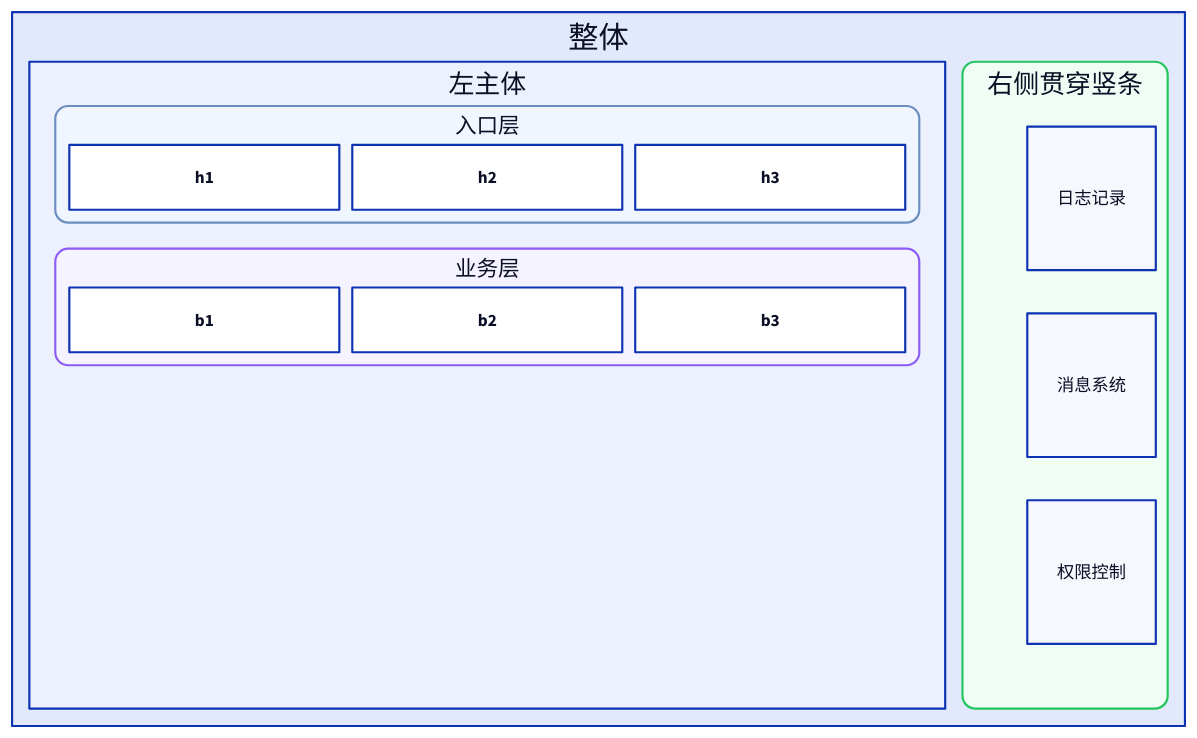
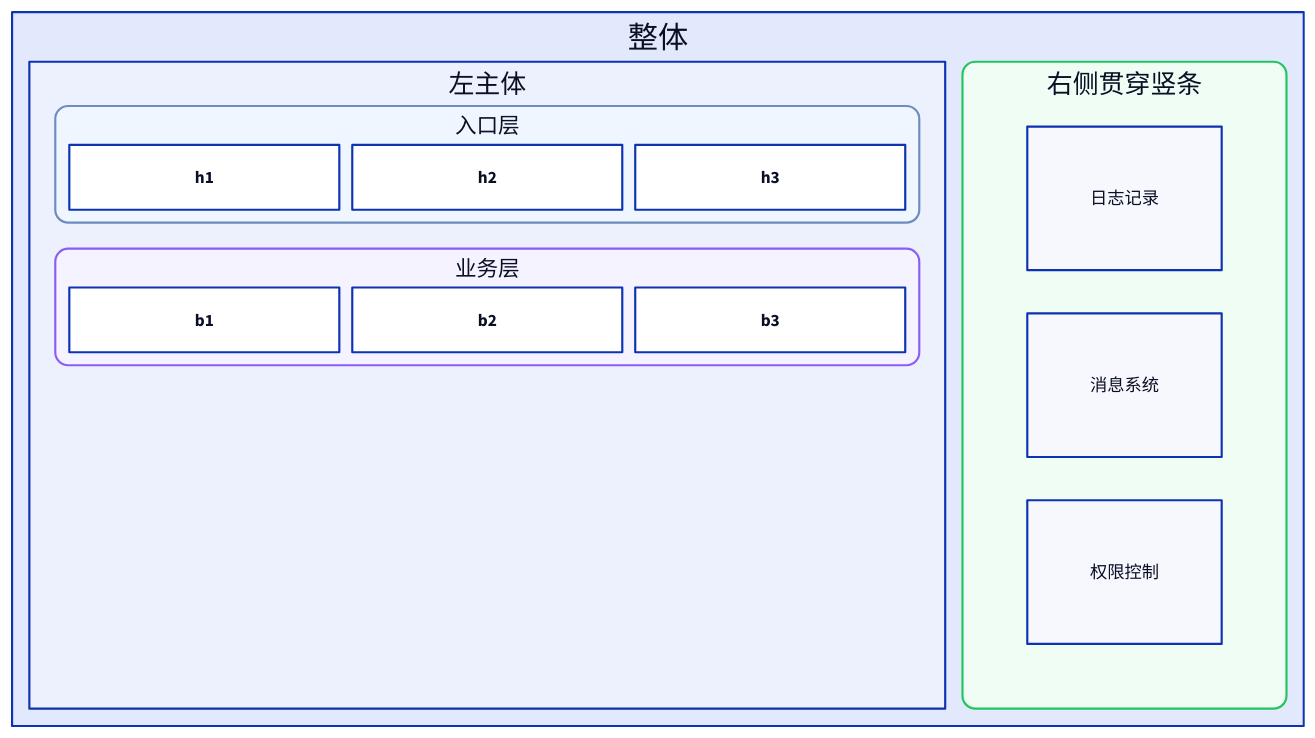
The fifth of 9 diagrams in skills/c4-container-diagram/SKILL.md (syllr/skills), drawn with D2 before and after one commit. The commit also changed other lines of this file, not shown here.

````diff
--- a/skills/c4-container-diagram/SKILL.md
+++ b/skills/c4-container-diagram/SKILL.md
@@ -424,32 +440,32 @@
 ```d2
 vars: { d2-config: { layout-engine: elk } }
 整体: {
   grid-columns: 2          # ← 分两栏：左主体 + 右贯穿栏（3 栏则为左右双竖条）
   grid-rows: 1
   grid-gap: 16
 
   左主体: {                 # 主体：内部各层纵向堆叠（复用 §5.1 结构）
     grid-rows: 1; grid-columns: 1; grid-gap: 24
     入口层: { width: 800; grid-columns: 3; grid-gap: 12; style.fill: "#eff6ff"; style.stroke: "#6c8ebf"; style.border-radius: 12
       h1: { width: 250; height: 60; class: module }
       h2: { width: 250; height: 60; class: module }
       h3: { width: 250; height: 60; class: module }
     }
     业务层: { width: 800; grid-columns: 3; grid-gap: 12; style.fill: "#f5f3ff"; style.stroke: "#8b5cf6"; style.border-radius: 12
       b1: { width: 250; height: 60; class: module }
       b2: { width: 250; height: 60; class: module }
       b3: { width: 250; height: 60; class: module }
     }
   }
 
   右侧贯穿竖条: {            # ← 贯穿栏：独立顶层容器，高度由外层 grid 与主体现高（勿设 height，会被覆盖）
-    width: 190               # ← 必须 ≥ 最宽子容器 label + 120 padding，否则子容器右超界（见 6.13）
+    width: 300               # ← ≥ 最宽 label + 120（"日志记录"4 字≈160 → 300 安全，见 6.13）
     grid-columns: 1           # ← 关键：只定义列（一维）+ 不写 grid-gap → 子容器垂直均匀分布（见 6.13）
     style.fill: "#f0fdf4"; style.stroke: "#22c55e"; style.border-radius: 12
-    # 子容器 height 按 6.13 公式：主体高 600 时 → (600−120−2×40)/3 ≈ 133
-    r1: { label: "日志记录"; height: 133; class: module }
-    r2: { label: "消息系统"; height: 133; class: module }
-    r3: { label: "权限控制"; height: 133; class: module }
+    # 子容器 width = 竖条 width − 120（水平居中对称，铁律 2）；height 按 6.13 公式：主体高 600 → (600−120−2×40)/3 ≈ 133
+    r1: { label: "日志记录"; width: 180; height: 133; class: module }
+    r2: { label: "消息系统"; width: 180; height: 133; class: module }
+    r3: { label: "权限控制"; width: 180; height: 133; class: module }
   }
 }
 ```
````
